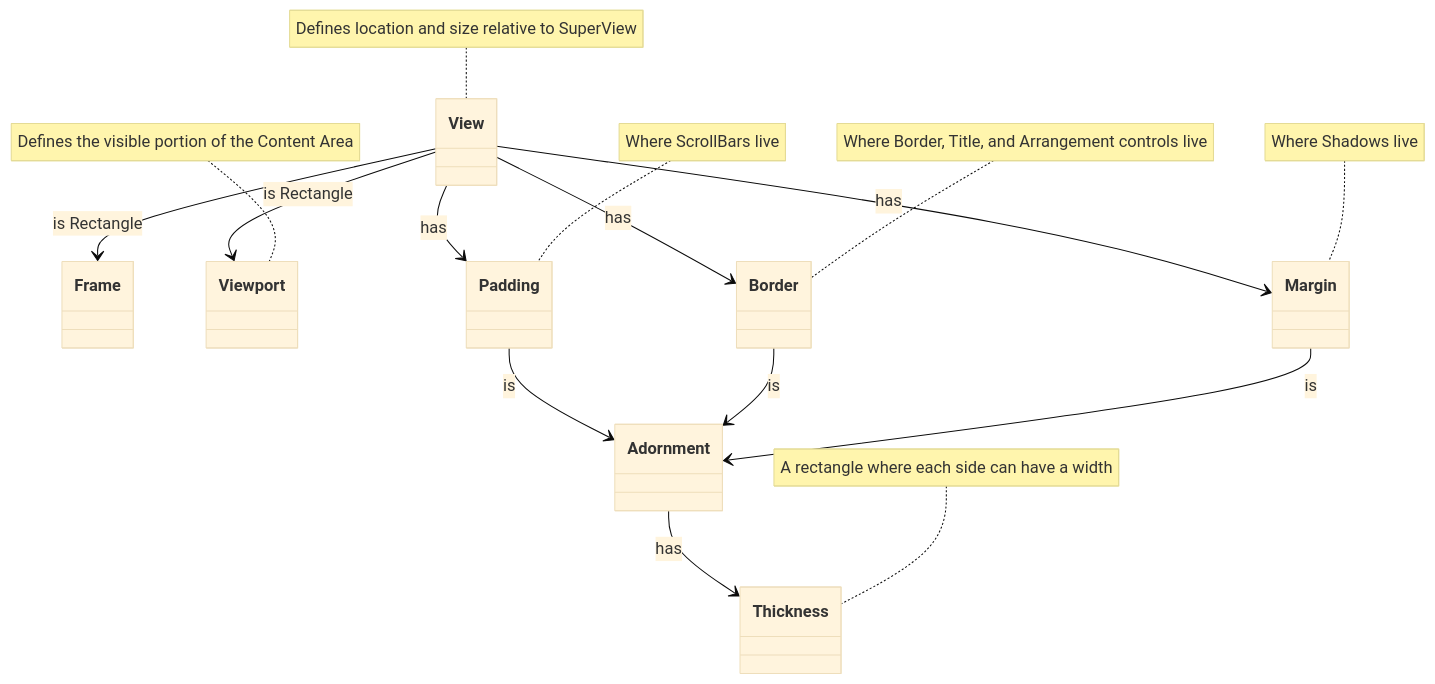
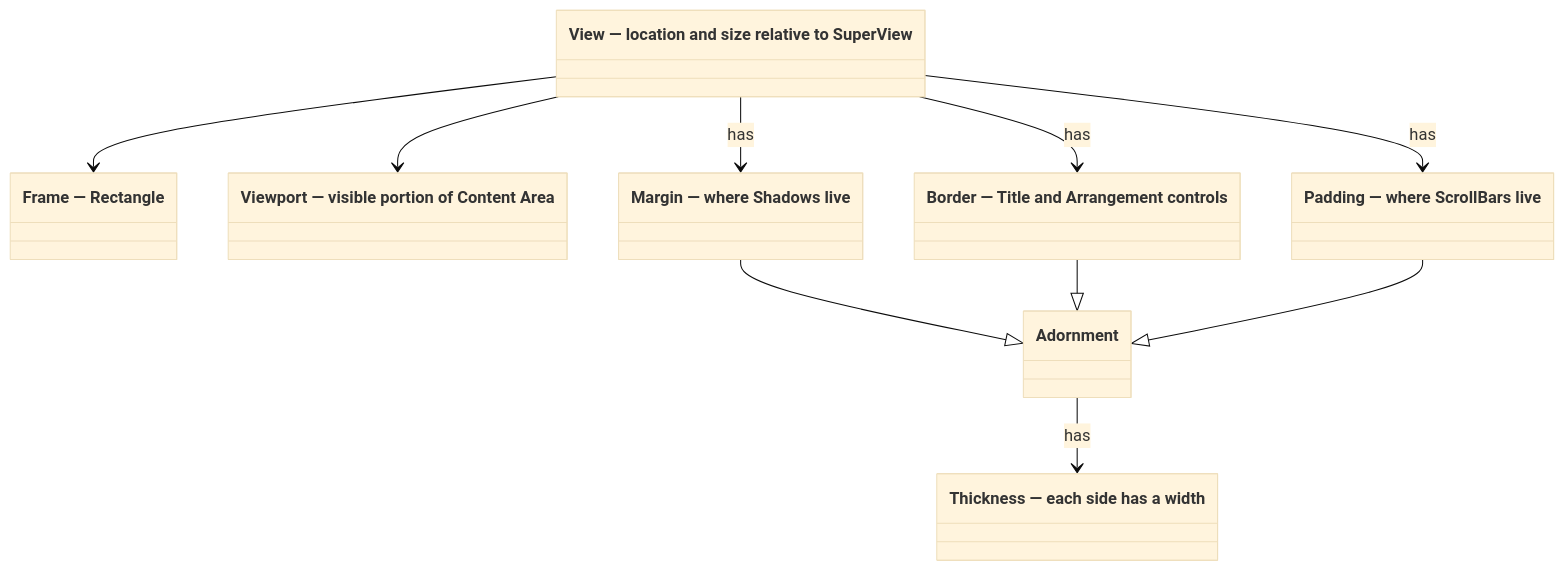
Before and after one commit to gui-cs/Terminal.Gui: the diagram in docfx/docs/layout.md, drawn with Mermaid (base theme).

Commit message:
Simplify mermaid classDiagram in layout.md for docfx compatibility
Replace `note for` syntax (unsupported by docfx's bundled mermaid) with
class label annotations. Remove empty class body declarations and let
relationships define nodes implicitly. All descriptive text now appears
as class display labels instead of separate notes.

````diff
--- a/docfx/docs/layout.md
+++ b/docfx/docs/layout.md
@@ -145,34 +145,21 @@
 ```mermaid
 classDiagram
-    class View {
-    }
+    class View ["View — location and size relative to SuperView"]
+    class Frame ["Frame — Rectangle"]
+    class Viewport ["Viewport — visible portion of Content Area"]
+    class Margin ["Margin — where Shadows live"]
+    class Border ["Border — Title and Arrangement controls"]
+    class Padding ["Padding — where ScrollBars live"]
+    class Adornment
+    class Thickness ["Thickness — each side has a width"]
 
-    View --> Frame : is Rectangle
-    View --> Viewport : is Rectangle
-
-    class Border {
-    }
-
-    class Adornment {
-    }
-
-    class Thickness {
-    }
-
-
-    Margin --> Adornment : is
-    Border --> Adornment : is
-    Padding --> Adornment : is
-    Adornment --> Thickness : has
-
+    View --> Frame
+    View --> Viewport
     View --> Margin : has
     View --> Border : has
     View --> Padding : has
-
-    note for View "Defines location and size relative to SuperView"
-    note for Viewport "Defines the visible portion of the Content Area"
-    note for Margin "Where Shadows live"
-    note for Border "Where Border, Title, and Arrangement controls live"
-    note for Padding "Where ScrollBars live"
-    note for Thickness "A rectangle where each side can have a width"
+    Margin --|> Adornment
+    Border --|> Adornment
+    Padding --|> Adornment
+    Adornment --> Thickness : has
 ```
````
